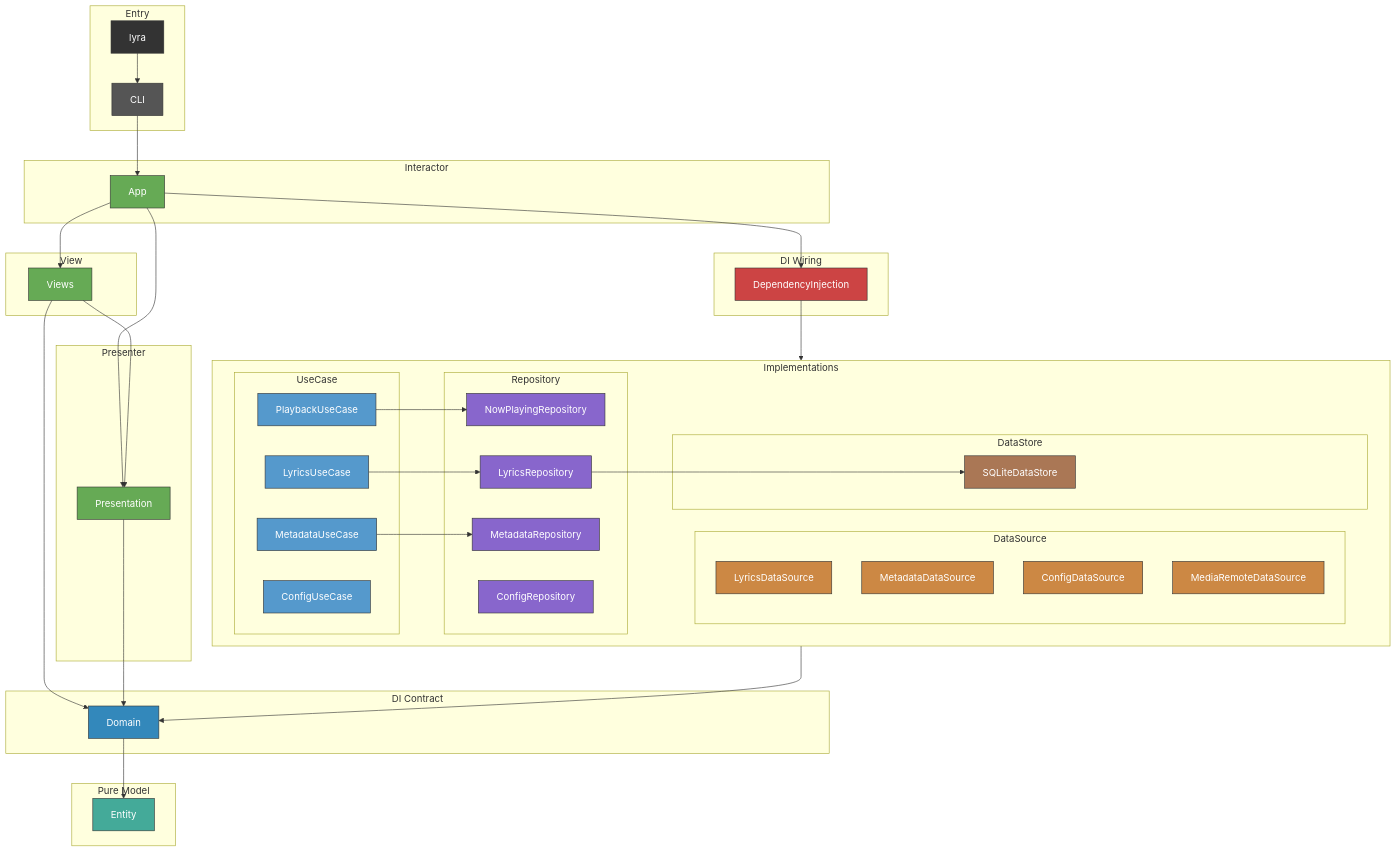
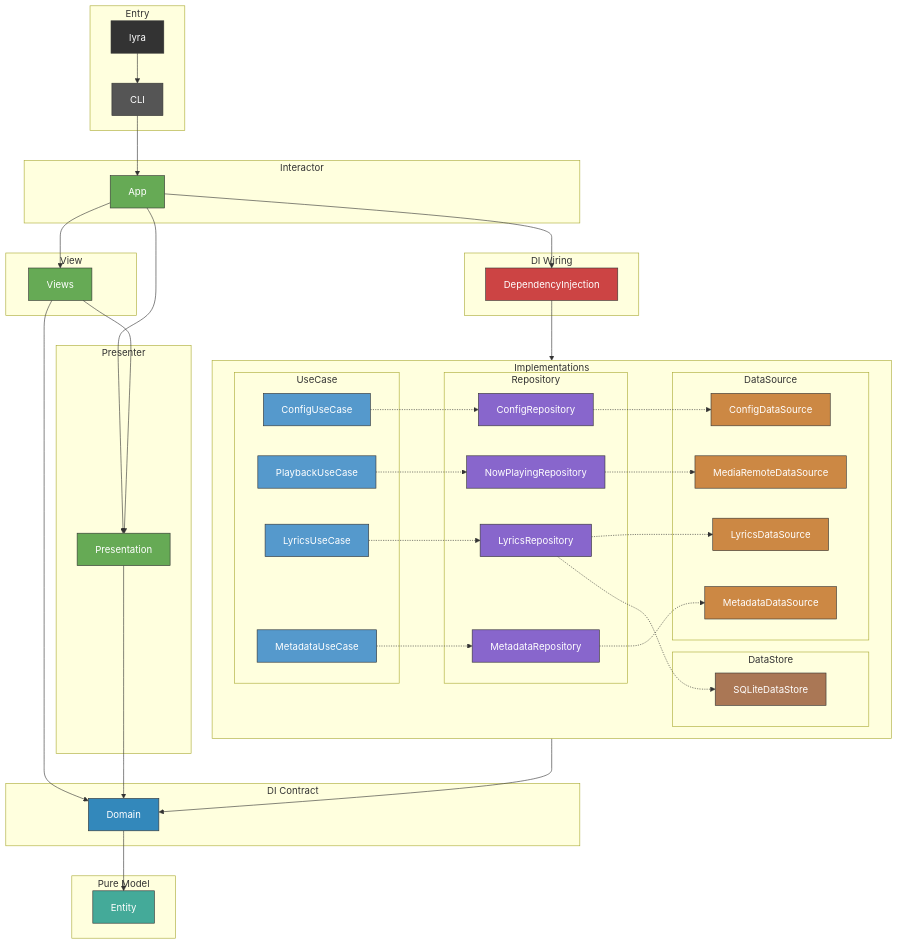
One commit to GeneralD/backdrop changed the diagram in CLAUDE.md. Above: the diagram before and after it, drawn with Mermaid. The commit also changed 1 other file, not shown here.

Commit message:
refactor: remove unnecessary cross-layer deps from Package.swift
UseCase→Repository、Repository→DataStoreの直接依存を除去。
全てDI経由で解決されるため不要だった。

```diff
--- a/CLAUDE.md
+++ b/CLAUDE.md
@@ -85,10 +85,15 @@
     Presentation --> Domain
     Implementations --> Domain
     Domain --> Entity
-    PlaybackUseCase --> NowPlayingRepository
-    LyricsUseCase --> LyricsRepository
-    MetadataUseCase --> MetadataRepository
-    LyricsRepository --> SQLiteDataStore
+    ConfigUseCase -.-> ConfigRepository
+    ConfigRepository -.-> ConfigDataSource
+    PlaybackUseCase -.-> NowPlayingRepository
+    NowPlayingRepository -.-> MediaRemoteDataSource
+    LyricsUseCase -.-> LyricsRepository
+    LyricsRepository -.-> LyricsDataSource
+    LyricsRepository -.-> SQLiteDataStore
+    MetadataUseCase -.-> MetadataRepository
+    MetadataRepository -.-> MetadataDataSource
 
     style lyra fill:#333,stroke:#333,color:#fff
     style CLI fill:#555,stroke:#333,color:#fff
```
